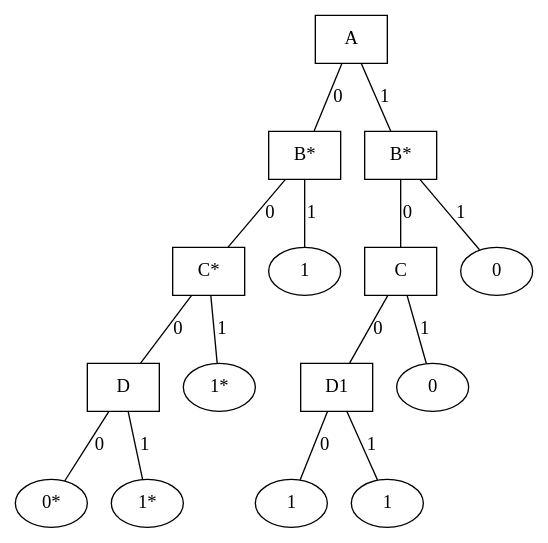
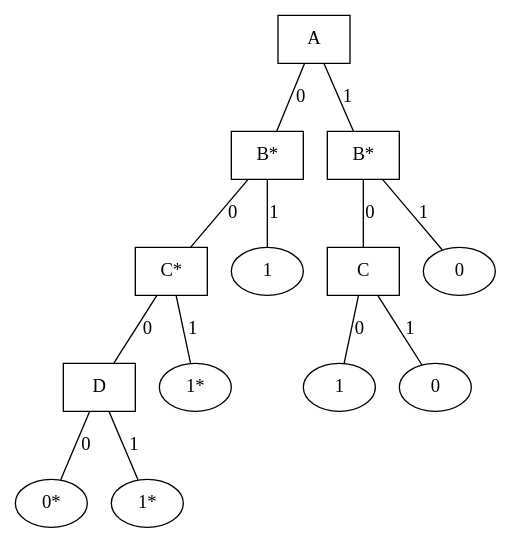
One commit to physicsistic/cs181hw1 changed the diagram in graph1b.dot. Above: the diagram before and after it, drawn with Graphviz. The commit also changed 1 other file, not shown here.

```diff
--- a/graph1b.dot
+++ b/graph1b.dot
@@ -1,32 +1,28 @@
 graph id3_tree {
-    A [label="A" shape=box]
-    B0 [label="B*" shape=box]
-    B1 [label="B*" shape=box]
-    C0 [label="C*" shape=box]
-    C1 [label="C" shape=box]
-    D0 [label="D" shape=box]
-    D1 [lbael="D" shape=box]
-    leaf1 [label="1"]
-    leaf2 [label="0"]
-    leaf3 [label="1*"]
-    leaf4 [label="0"]
-    leaf5 [label="0*"]
-    leaf6 [label="1*"]
-    leaf7 [label="1"]
-    leaf8 [label="1"]
+    A [label="A" shape=box];
+    B0 [label="B*" shape=box];
+    B1 [label="B*" shape=box];
+    C0 [label="C*" shape=box];
+    C1 [label="C" shape=box];
+    D0 [label="D" shape=box];
+    D1 [label="1"];
+    leaf1 [label="1"];
+    leaf2 [label="0"];
+    leaf3 [label="1*"];
+    leaf4 [label="0"];
+    leaf5 [label="0*"];
+    leaf6 [label="1*"];
 
-    A -- B0 [label="0"]
-    A -- B1 [label="1"]
-    B0 -- C0 [label="0"]
-    B0 -- leaf1 [label="1"]
-    B1 -- C1 [label="0"]
-    B1 -- leaf2 [label="1"]
-    C0 -- D0 [label="0"]
-    C0 -- leaf3 [label="1"]
-    C1 -- D1 [label="0"]
-    C1 -- leaf4 [label="1"]
-    D0 -- leaf5 [label="0"]
-    D0 -- leaf6 [label="1"]
-    D1 -- leaf7 [label="0"]
-    D1 -- leaf8 [label="1"]
+    A -- B0 [label="0"];
+    A -- B1 [label="1"];
+    B0 -- C0 [label="0"];
+    B0 -- leaf1 [label="1"];
+    B1 -- C1 [label="0"];
+    B1 -- leaf2 [label="1"];
+    C0 -- D0 [label="0"];
+    C0 -- leaf3 [label="1"];
+    C1 -- D1 [label="0"];
+    C1 -- leaf4 [label="1"];
+    D0 -- leaf5 [label="0"];
+    D0 -- leaf6 [label="1"];
 }
```
